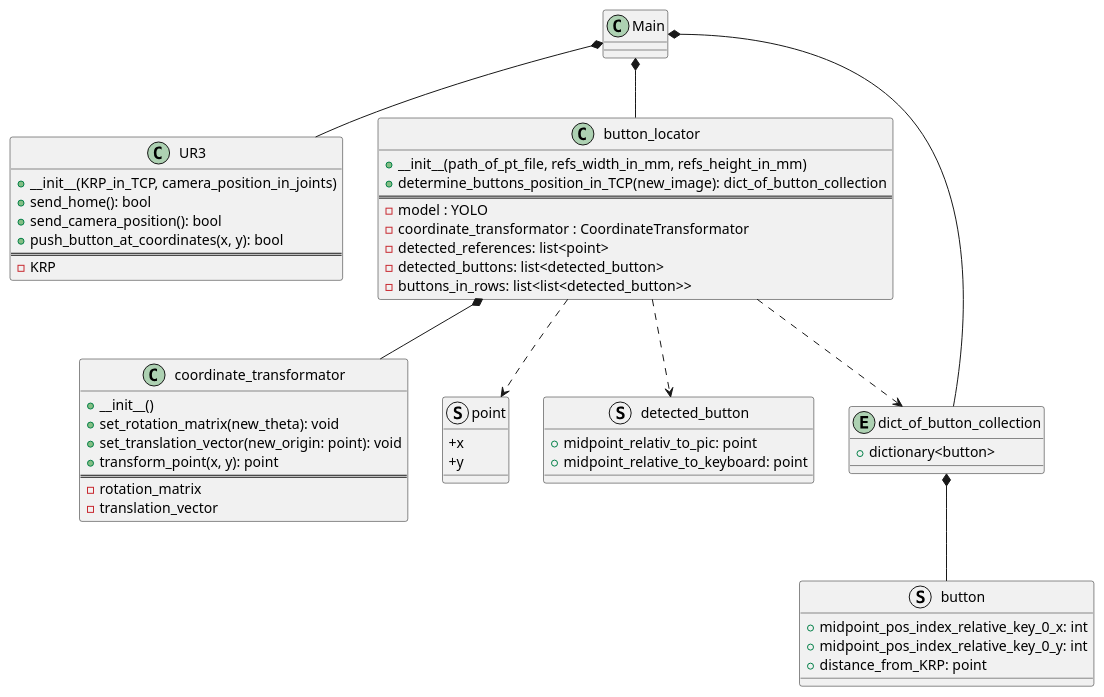
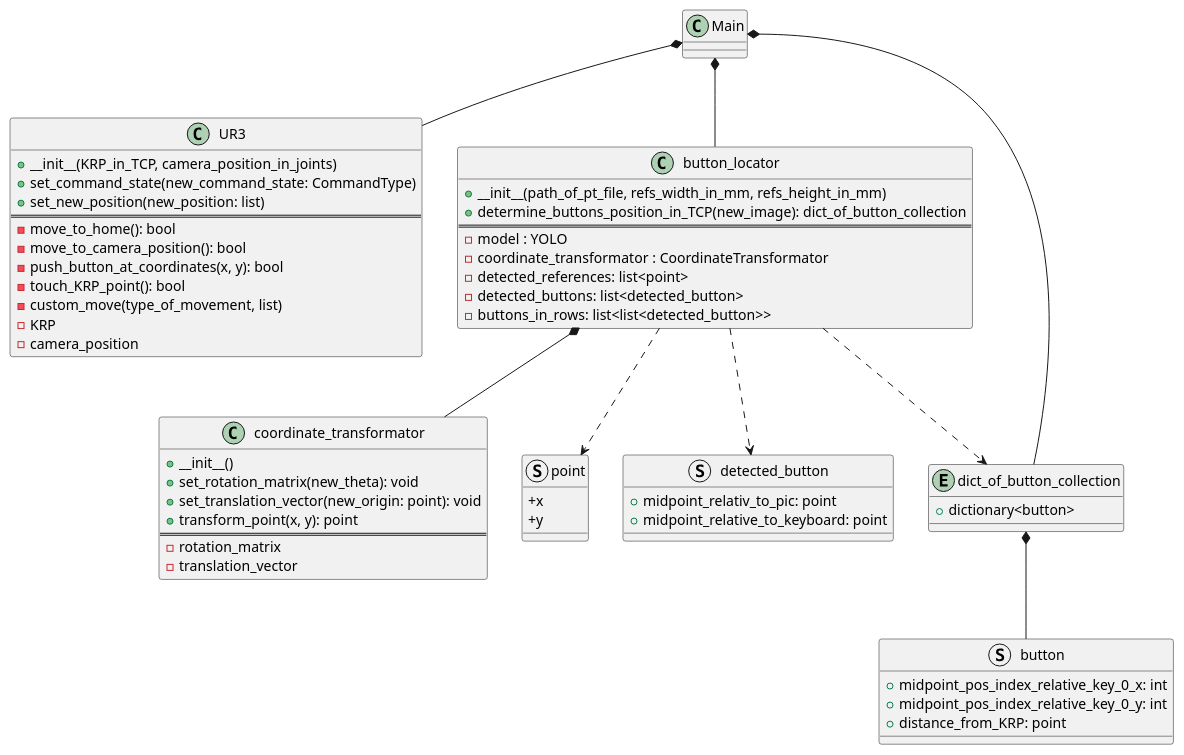
Before and after one commit to nalfod/RoboRevo: the diagram in UMLs/main_class_diagram.plantuml, drawn with PlantUML. The commit also changed 2 other files, not shown here.

```diff
--- a/UMLs/main_class_diagram.plantuml
+++ b/UMLs/main_class_diagram.plantuml
@@ -1,67 +1,72 @@
 @startuml
 class Main {
 
 }
 
 class UR3 {
     +__init__(KRP_in_TCP, camera_position_in_joints)
-    +send_home(): bool
-    +send_camera_position(): bool
-    +push_button_at_coordinates(x, y): bool
+    +set_command_state(new_command_state: CommandType)
+    +set_new_position(new_position: list)
     ==
+    -move_to_home(): bool
+    -move_to_camera_position(): bool
+    -push_button_at_coordinates(x, y): bool
+    -touch_KRP_point(): bool
+    -custom_move(type_of_movement, list)
     -KRP
+    -camera_position
 }
 
 class button_locator {
     +__init__(path_of_pt_file, refs_width_in_mm, refs_height_in_mm)
     +determine_buttons_position_in_TCP(new_image): dict_of_button_collection
     ==
     -model : YOLO
     -coordinate_transformator : CoordinateTransformator
     -detected_references: list<point>
     -detected_buttons: list<detected_button>
     -buttons_in_rows: list<list<detected_button>>
 }
 
 class coordinate_transformator {
     +__init__()
     +set_rotation_matrix(new_theta): void
     +set_translation_vector(new_origin: point): void
     +transform_point(x, y): point
     ==
     -rotation_matrix
     -translation_vector
 }
 
 struct point {
     +x
     +y
 }
 
 struct detected_button {
     +midpoint_relativ_to_pic: point
     +midpoint_relative_to_keyboard: point
 }
 
 struct button {
     +midpoint_pos_index_relative_key_0_x: int
     +midpoint_pos_index_relative_key_0_y: int
     +distance_from_KRP: point
 }
 
 entity dict_of_button_collection {
     +dictionary<button>
 }
 
 Main *-- UR3
 Main *-- button_locator
 Main *-- dict_of_button_collection
 
 button_locator *-- coordinate_transformator
 
 button_locator ..> point
 button_locator ..> detected_button
 button_locator ..> dict_of_button_collection
 
 dict_of_button_collection *-- button
 @enduml
```
